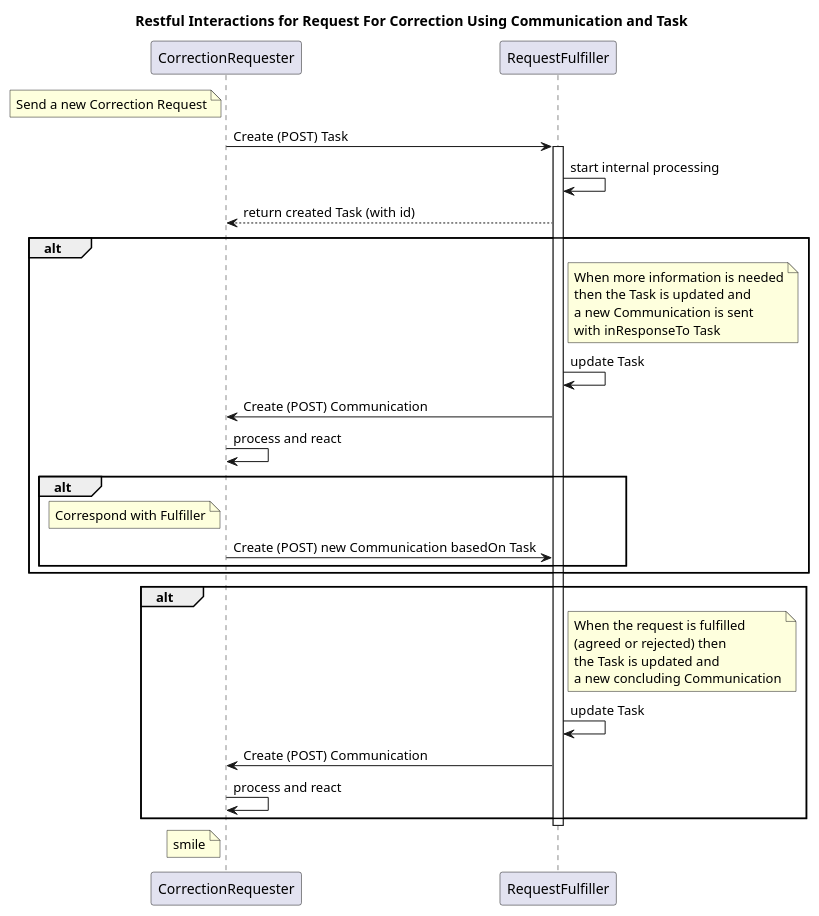
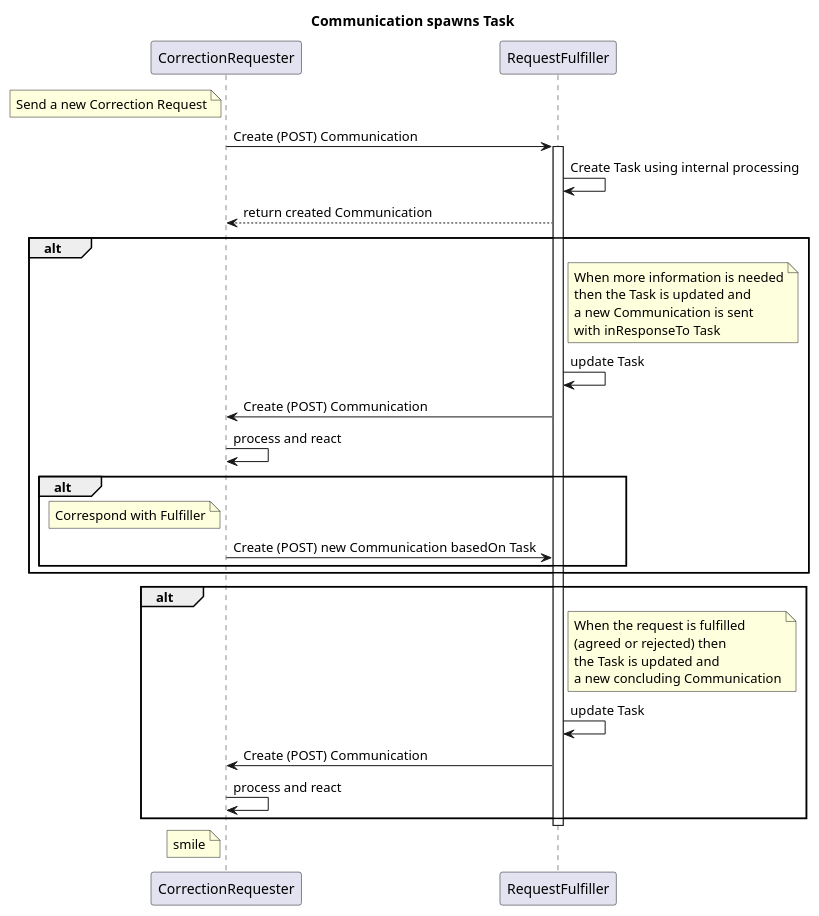
Before and after one commit to HL7/fhir-patient-correction: the diagram in input/images-source/task-comm-request.plantuml, drawn with PlantUML.

Commit message:
fix for diagram requested by Virginia

```diff
--- a/input/images-source/task-comm-request.plantuml
+++ b/input/images-source/task-comm-request.plantuml
@@ -1,47 +1,47 @@
 @startuml
-title Restful Interactions for Request For Correction Using Communication and Task
+title Communication spawns Task
 
 note left of CorrectionRequester
 Send a new Correction Request
 end note
-CorrectionRequester->RequestFulfiller: Create (POST) Task
+CorrectionRequester->RequestFulfiller: Create (POST) Communication
 activate RequestFulfiller
-RequestFulfiller->RequestFulfiller: start internal processing
-RequestFulfiller-->CorrectionRequester: return created Task (with id)
+RequestFulfiller->RequestFulfiller: Create Task using internal processing
+RequestFulfiller-->CorrectionRequester: return created Communication
 
 alt
 note right of RequestFulfiller
 When more information is needed
 then the Task is updated and 
 a new Communication is sent
 with inResponseTo Task
 end note
 RequestFulfiller->RequestFulfiller: update Task
 CorrectionRequester<-RequestFulfiller: Create (POST) Communication
 CorrectionRequester -> CorrectionRequester: process and react
 
 alt
 note left of CorrectionRequester
 Correspond with Fulfiller
 end note
 CorrectionRequester->RequestFulfiller: Create (POST) new Communication basedOn Task
 end
 end
 
 
 
 alt
 note right of RequestFulfiller
 When the request is fulfilled
 (agreed or rejected) then 
 the Task is updated and
 a new concluding Communication
 end note
 RequestFulfiller->RequestFulfiller: update Task
 CorrectionRequester<-RequestFulfiller: Create (POST) Communication
 CorrectionRequester -> CorrectionRequester: process and react
 end
 
 Deactivate RequestFulfiller
 note left of CorrectionRequester: smile
 @enduml
```
